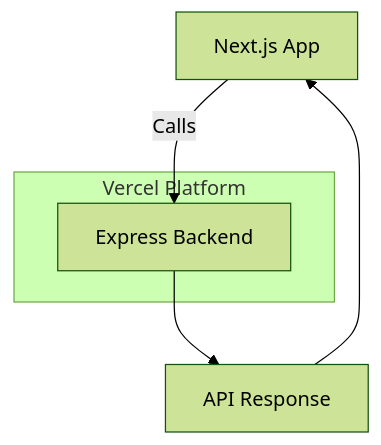
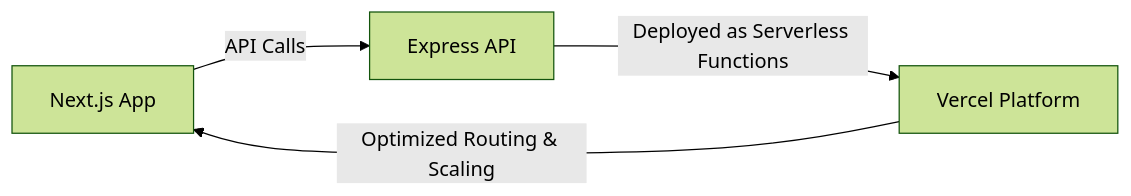
One commit to zeeshanjunaid/zeeshanjunaid.dev changed the diagram in content/blog/2025-09-06-zero-configuration-express-backends-89d739.mdx. Above: the diagram before and after it, drawn with Mermaid (forest theme). The commit also changed other lines of this file, not shown here.

````diff
--- a/content/blog/2025-09-06-zero-configuration-express-backends-89d739.mdx
+++ b/content/blog/2025-09-06-zero-configuration-express-backends-89d739.mdx
@@ -139,9 +140,10 @@
 ```mermaid
-flowchart TD
-  A[Next.js App] -->|Calls| B[Express Backend]
-  B --> C[API Response]
-  C --> A
-  subgraph Vercel Platform
-    B
-  end
+flowchart LR
+  NextJS[Next.js App]
+  ExpressAPI[Express API]
+  VercelPlatform[Vercel Platform]
+
+  NextJS -->|API Calls| ExpressAPI
+  ExpressAPI -->|Deployed as Serverless Functions| VercelPlatform
+  VercelPlatform -->|Optimized Routing & Scaling| NextJS
 ```
````
